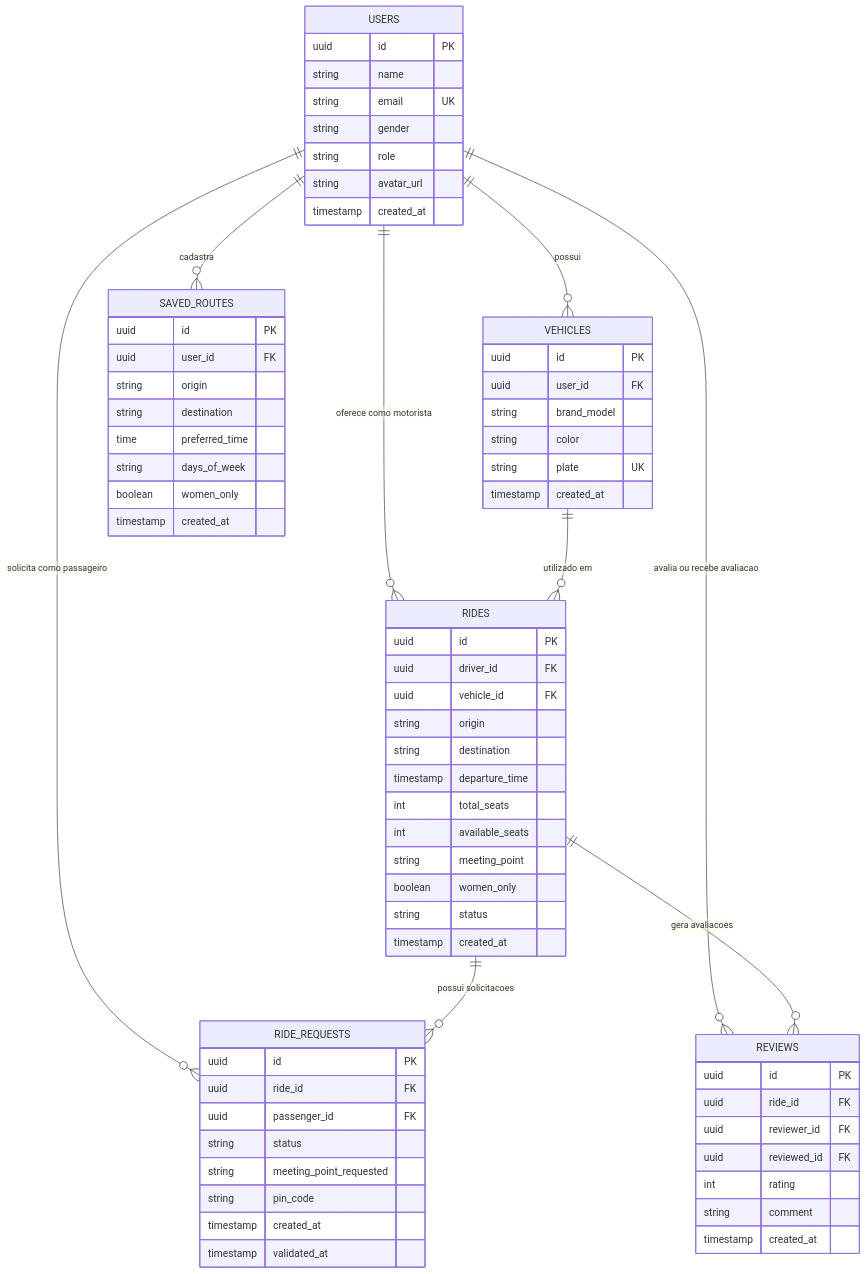
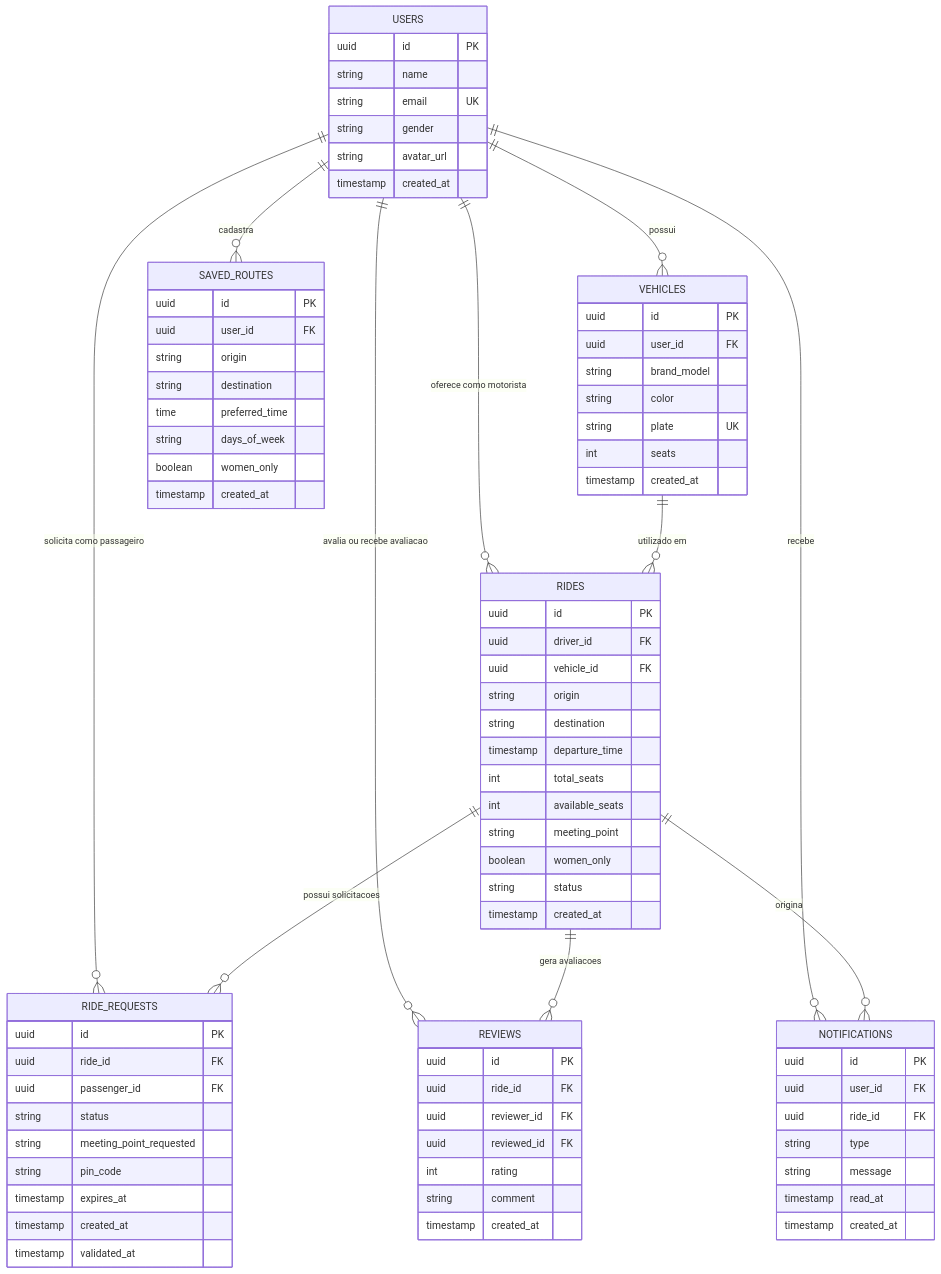
One commit to emanuellilatczuk/caronas-utfpr changed the diagram in docs/architecture.md. Above: the diagram before and after it, drawn with Mermaid. The commit also changed other lines of this file and 3 other files, not shown here.

````diff
--- a/docs/architecture.md
+++ b/docs/architecture.md
@@ -192,13 +205,14 @@
     VEHICLES ||--o{ RIDES : "utilizado em"
     RIDES ||--o{ RIDE_REQUESTS : "possui solicitacoes"
     RIDES ||--o{ REVIEWS : "gera avaliacoes"
+    USERS ||--o{ NOTIFICATIONS : "recebe"
+    RIDES ||--o{ NOTIFICATIONS : "origina"
 
     USERS {
         uuid id PK
         string name
         string email UK
         string gender
-        string role
         string avatar_url
         timestamp created_at
     }
@@ -209,6 +223,7 @@
         string brand_model
         string color
         string plate UK
+        int seats
         timestamp created_at
     }
 
@@ -245,6 +260,7 @@
         string status
         string meeting_point_requested
         string pin_code
+        timestamp expires_at
         timestamp created_at
         timestamp validated_at
     }
@@ -258,4 +274,14 @@
         string comment
         timestamp created_at
     }
+
+    NOTIFICATIONS {
+        uuid id PK
+        uuid user_id FK
+        uuid ride_id FK
+        string type
+        string message
+        timestamp read_at
+        timestamp created_at
+    }
 ```
````
